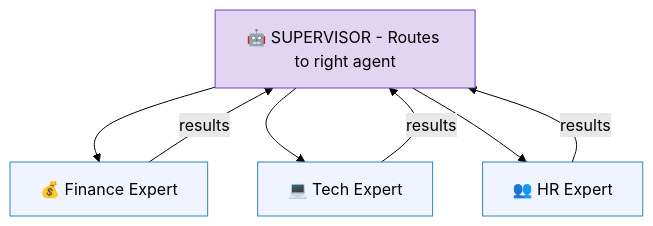
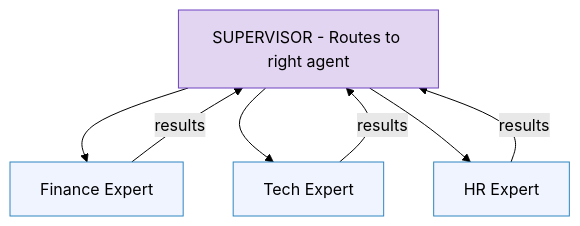
Before and after one commit to ithinktavo/GenAI-Engineering-Handbook: the fourth of 7 diagrams in docs/07-agentic-ai.md, drawn with Mermaid (forest theme). The commit also changed other lines of this file and 10 other files, not shown here.

Commit message:
Diagram updates

````diff
--- a/docs/07-agentic-ai.md
+++ b/docs/07-agentic-ai.md
@@ -171,17 +171,17 @@
 ```mermaid
 graph TD
-    Sup["🤖 SUPERVISOR - Routes to right agent"]
-    Fin["💰 Finance Expert"]
-    Tech["💻 Tech Expert"]
-    HR["👥 HR Expert"]
+    Sup["SUPERVISOR - Routes to right agent"]
+    Fin["Finance Expert"]
+    Tech["Tech Expert"]
+    HR["HR Expert"]
 
     Sup --> Fin & Tech & HR
     Fin -- "results" --> Sup
     Tech -- "results" --> Sup
     HR -- "results" --> Sup
 
     style Sup fill:#e2d5f1,stroke:#6f42c1
     style Fin fill:#f0f4ff,stroke:#2E86C1
     style Tech fill:#f0f4ff,stroke:#2E86C1
     style HR fill:#f0f4ff,stroke:#2E86C1
 ```
````
